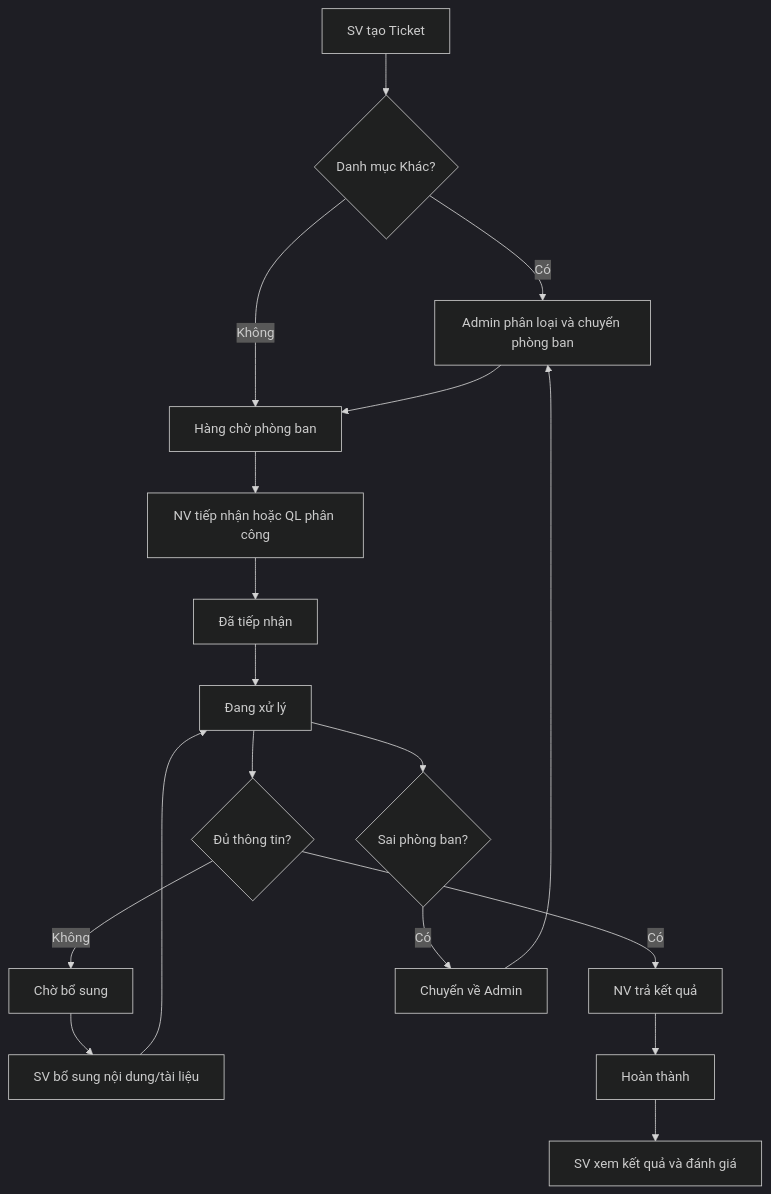
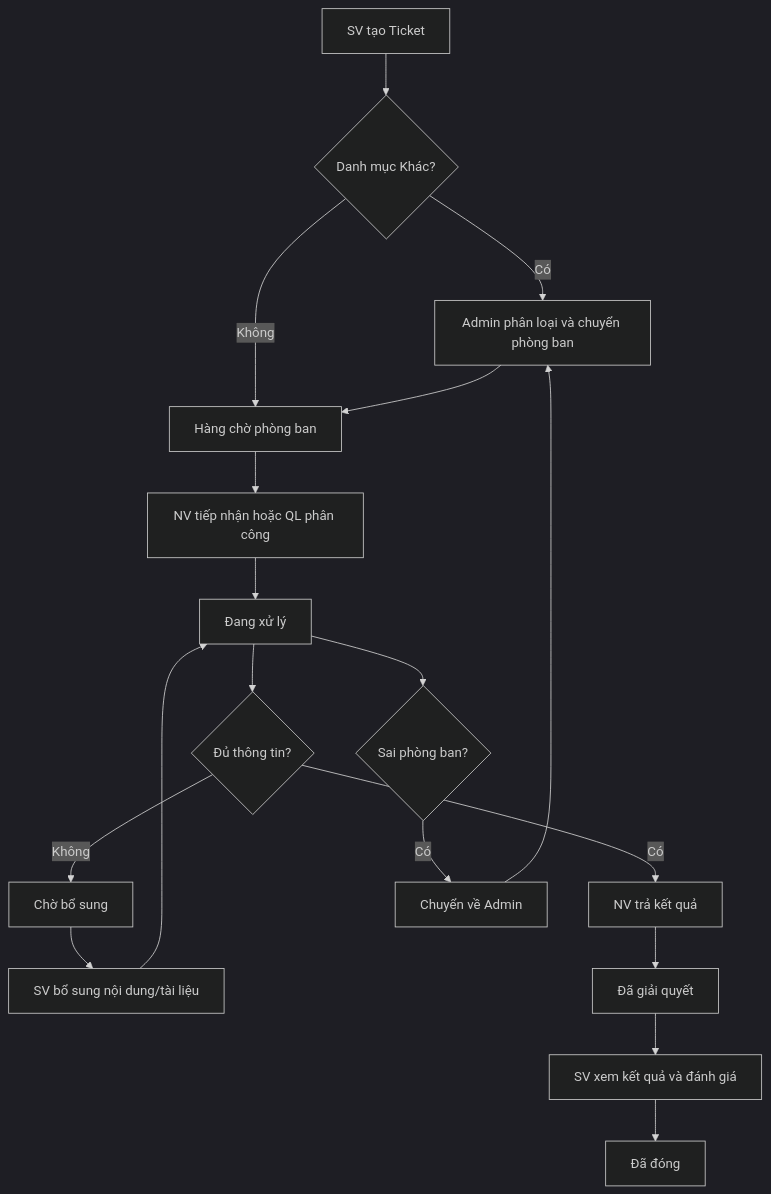
The diagram in docs/workflows/01-luong-hoat-dong-Ticket.md (IvyPear/UniSupport), drawn with Mermaid (dark theme) before and after one commit. The commit also changed other lines of this file, not shown here.

Commit message:
docs: add ticket workflow documentation and compressed docs archive

````diff
--- a/docs/workflows/01-luong-hoat-dong-Ticket.md
+++ b/docs/workflows/01-luong-hoat-dong-Ticket.md
@@ -9,20 +9,20 @@
 ```mermaid
 flowchart TD
  A[SV tạo Ticket] --> B{Danh mục Khác?}
  B -->|Có| C[Admin phân loại và chuyển phòng ban]
  B -->|Không| D[Hàng chờ phòng ban]
  C --> D
  D --> E[NV tiếp nhận hoặc QL phân công]
- E --> F[Đã tiếp nhận]
- F --> G[Đang xử lý]
+ E --> G[Đang xử lý]
  G --> H{Đủ thông tin?}
  H -->|Không| I[Chờ bổ sung]
  I --> J[SV bổ sung nội dung/tài liệu]
  J --> G
  H -->|Có| K[NV trả kết quả]
  G --> L{Sai phòng ban?}
  L -->|Có| M[Chuyển về Admin]
  M --> C
- K --> N[Hoàn thành]
+ K --> N[Đã giải quyết]
  N --> O[SV xem kết quả và đánh giá]
+ O --> P[Đã đóng]
 ```
````
